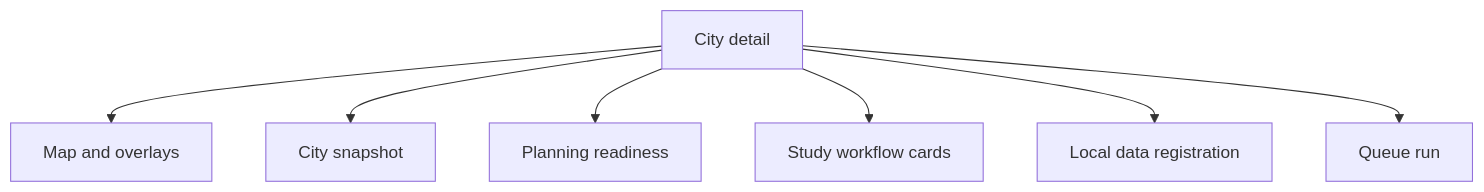
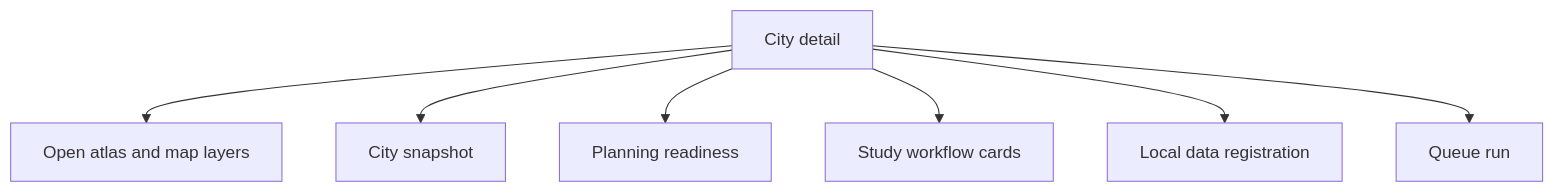
Before and after one commit to aartisr/kwin-city-portal: the third of 6 diagrams in docs/SCREEN_TOUR.md, drawn with Mermaid. The commit also changed other lines of this file and 53 other files, not shown here.

````diff
--- a/docs/SCREEN_TOUR.md
+++ b/docs/SCREEN_TOUR.md
@@ -58,9 +60,9 @@
 ```mermaid
 flowchart TD
-    D[City detail] --> D1[Map and overlays]
+    D[City detail] --> D1[Open atlas and map layers]
     D --> D2[City snapshot]
     D --> D3[Planning readiness]
     D --> D4[Study workflow cards]
     D --> D5[Local data registration]
     D --> D6[Queue run]
 ```
````
